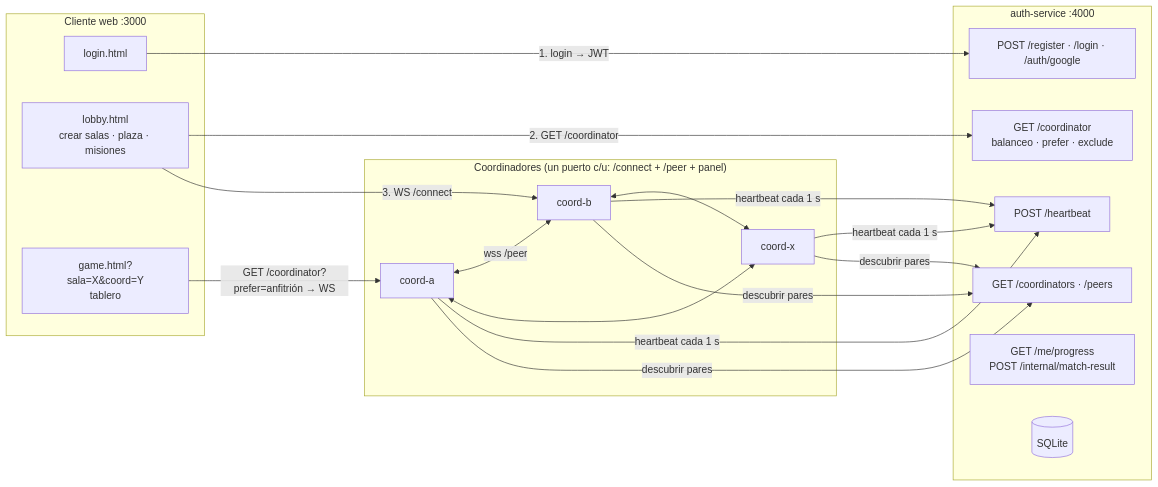
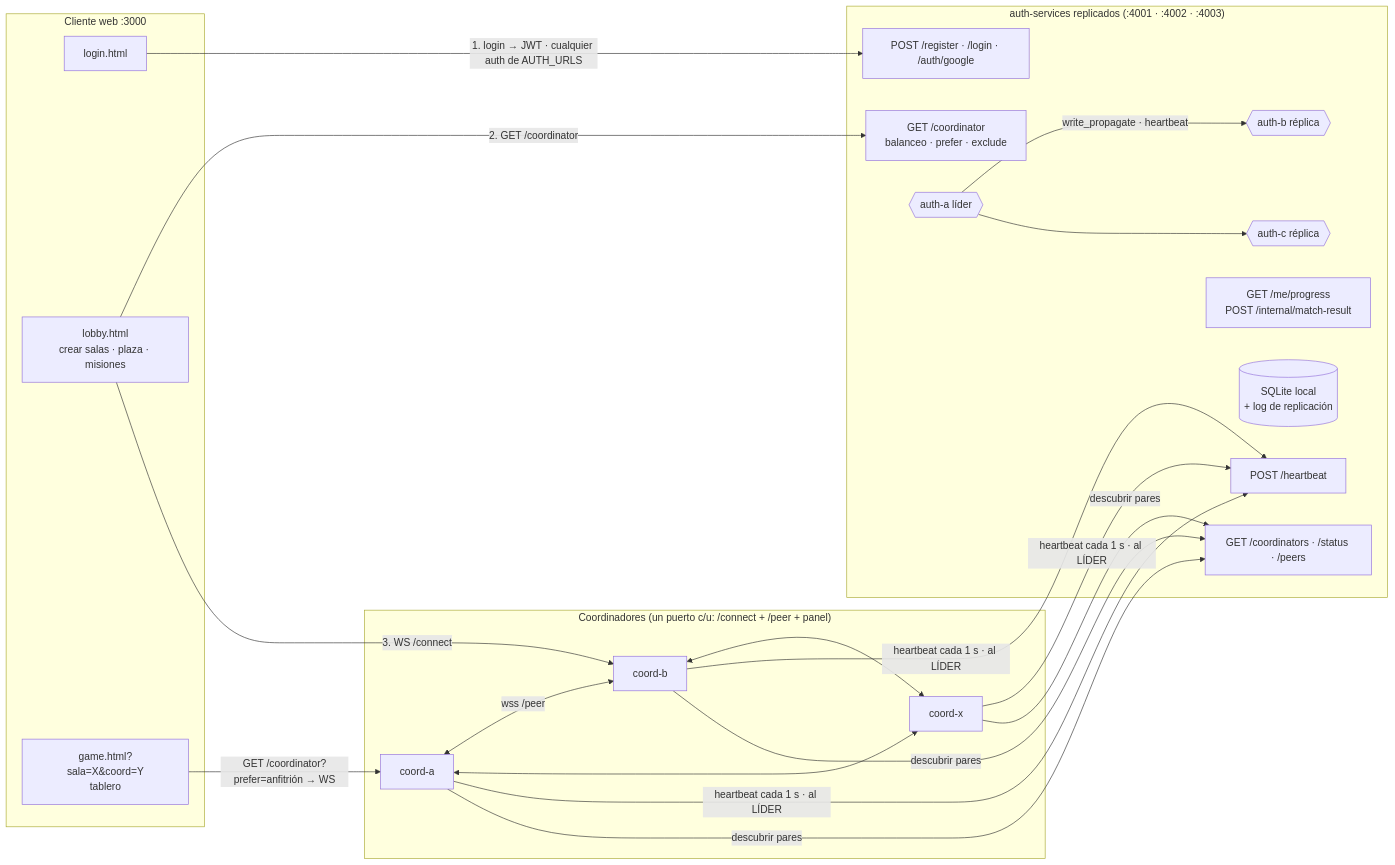
Before and after one commit to Sr-Davenson/Monopoly_Sd: the diagram in README.md, drawn with Mermaid. The commit also changed other lines of this file and 1 other file, not shown here.

Commit message:
README y tutorial: auth replicado, decisiones de consistencia y guia de sustentacion

````diff
--- a/README.md
+++ b/README.md
@@ -17,33 +18,35 @@
 ```mermaid
 flowchart LR
     subgraph Client["Cliente web :3000"]
         L[login.html]
         LB[lobby.html<br/>crear salas · plaza · misiones]
         G["game.html?sala=X&coord=Y<br/>tablero"]
     end
 
-    subgraph Auth["auth-service :4000"]
+    subgraph Auth["auth-services replicados (:4001 · :4002 · :4003)"]
         A1[POST /register · /login · /auth/google]
         A2[POST /heartbeat]
         A3[GET /coordinator<br/>balanceo · prefer · exclude]
-        A4[GET /coordinators · /peers]
+        A4[GET /coordinators · /status · /peers]
         A5[GET /me/progress<br/>POST /internal/match-result]
-        DB[(SQLite)]
+        DB[(SQLite local<br/>+ log de replicación)]
+        AL{{auth-a líder}} -->|write_propagate · heartbeat| AR1{{auth-b réplica}}
+        AL --> AR2{{auth-c réplica}}
     end
 
     subgraph Mesh["Coordinadores (un puerto c/u: /connect + /peer + panel)"]
         CA[coord-a]
         CB[coord-b]
         CX[coord-x]
         CA <-->|wss /peer| CB
         CA <--> CX
         CB <--> CX
     end
 
-    L -->|1. login → JWT| A1
+    L -->|1. login → JWT · cualquier auth de AUTH_URLS| A1
     LB -->|2. GET /coordinator| A3
     LB -->|3. WS /connect| CB
     G -->|"GET /coordinator?prefer=anfitrión → WS"| CA
-    CA & CB & CX -->|heartbeat cada 1 s| A2
+    CA & CB & CX -->|heartbeat cada 1 s · al LÍDER| A2
     CA & CB & CX -->|descubrir pares| A4
 ```
````
